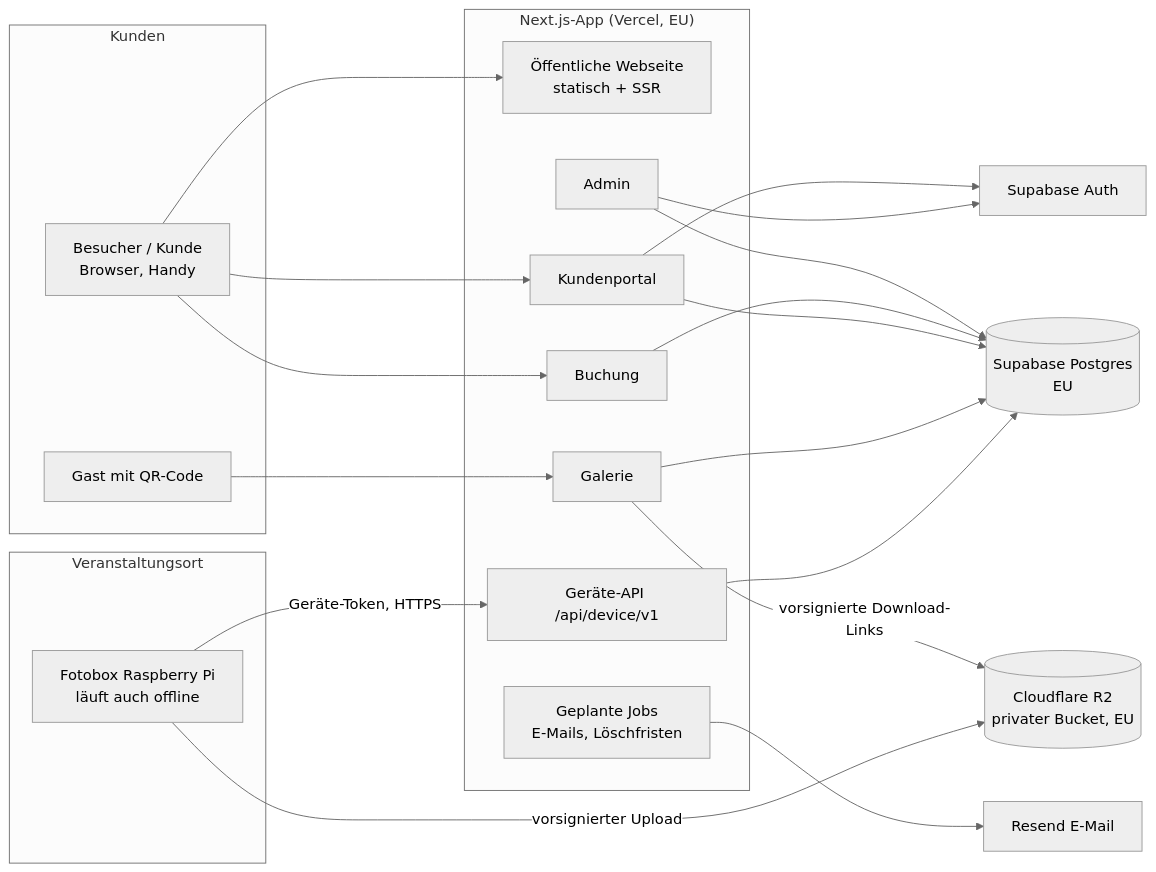
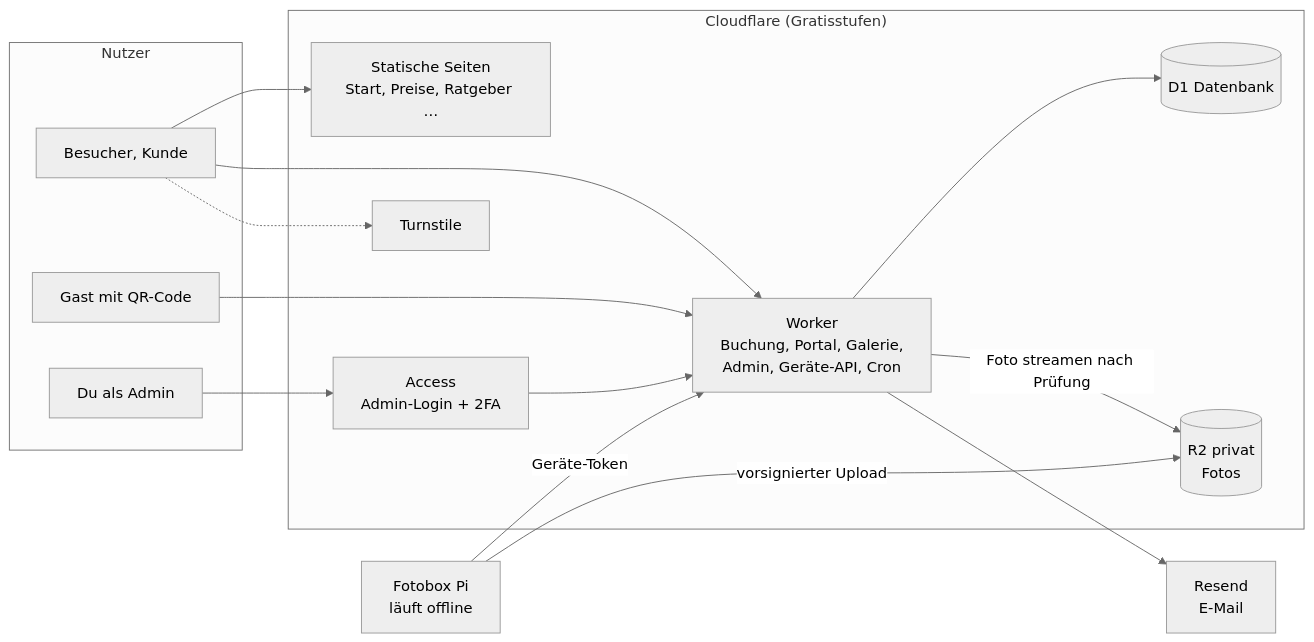
Before and after one commit to fotikaste/Fotikaste: the diagram in Plattform/docs/ARCHITECTURE.md, drawn with Mermaid (neutral theme). The commit also changed other lines of this file and 22 other files, not shown here.

````diff
--- a/Plattform/docs/ARCHITECTURE.md
+++ b/Plattform/docs/ARCHITECTURE.md
@@ -34,31 +36,27 @@
 ```mermaid
 flowchart LR
-  subgraph Kunden
-    B[Besucher / Kunde<br>Browser, Handy]
+  subgraph Nutzer
+    B[Besucher, Kunde]
     G[Gast mit QR-Code]
+    A[Du als Admin]
   end
-  subgraph Vercel["Next.js-App (Vercel, EU)"]
-    W[Öffentliche Webseite<br>statisch + SSR]
-    BK[Buchung]
-    P[Kundenportal]
-    GA[Galerie]
-    AD[Admin]
-    API[Geräte-API /api/device/v1]
-    JOB[Geplante Jobs<br>E-Mails, Löschfristen]
+  subgraph CF["Cloudflare (Gratisstufen)"]
+    S[Statische Seiten<br>Start, Preise, Ratgeber …]
+    W[Worker<br>Buchung, Portal, Galerie,<br>Admin, Geräte-API, Cron]
+    AC[Access<br>Admin-Login + 2FA]
+    D1[(D1 Datenbank)]
+    R2[(R2 privat<br>Fotos)]
+    T[Turnstile]
   end
-  DB[(Supabase Postgres<br>EU)]
-  AU[Supabase Auth]
-  R2[(Cloudflare R2<br>privater Bucket, EU)]
-  M[Resend E-Mail]
-  subgraph Event["Veranstaltungsort"]
-    FB[Fotobox Raspberry Pi<br>läuft auch offline]
-  end
-  B --> W & BK & P
-  G --> GA
-  AD & BK & P & GA & API --> DB
-  P & AD --> AU
-  GA -- vorsignierte Download-Links --> R2
-  FB -- Geräte-Token, HTTPS --> API
+  M[Resend<br>E-Mail]
+  FB[Fotobox Pi<br>läuft offline]
+  B --> S & W
+  B -.-> T
+  G --> W
+  A --> AC --> W
+  W --> D1
+  W -- Foto streamen nach Prüfung --> R2
+  FB -- Geräte-Token --> W
   FB -- vorsignierter Upload --> R2
-  JOB --> M
+  W --> M
 ```
````
